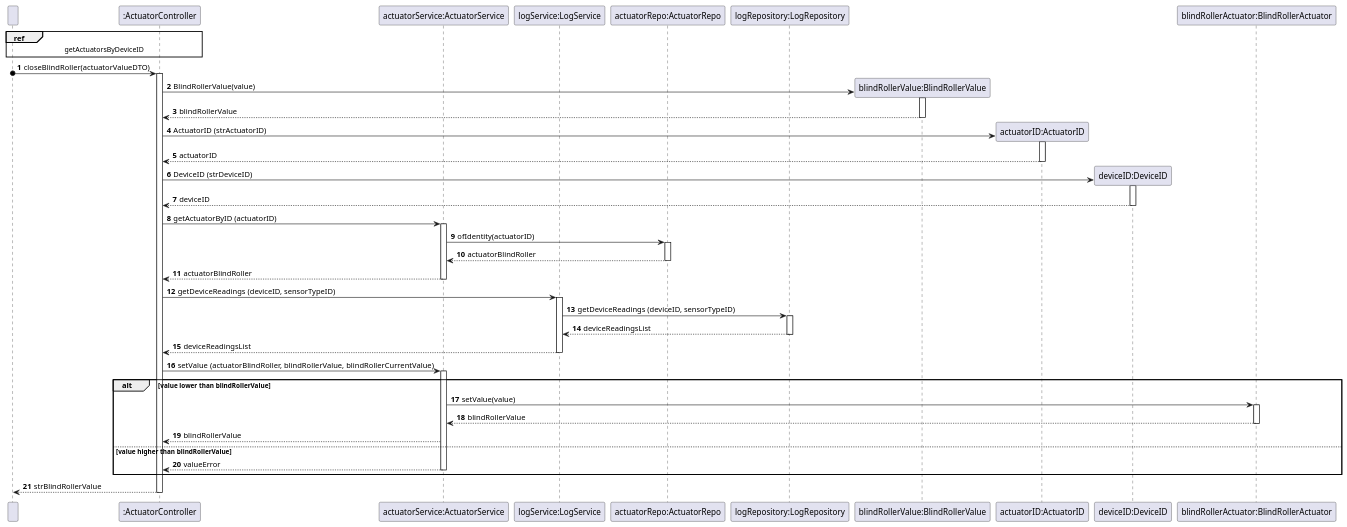
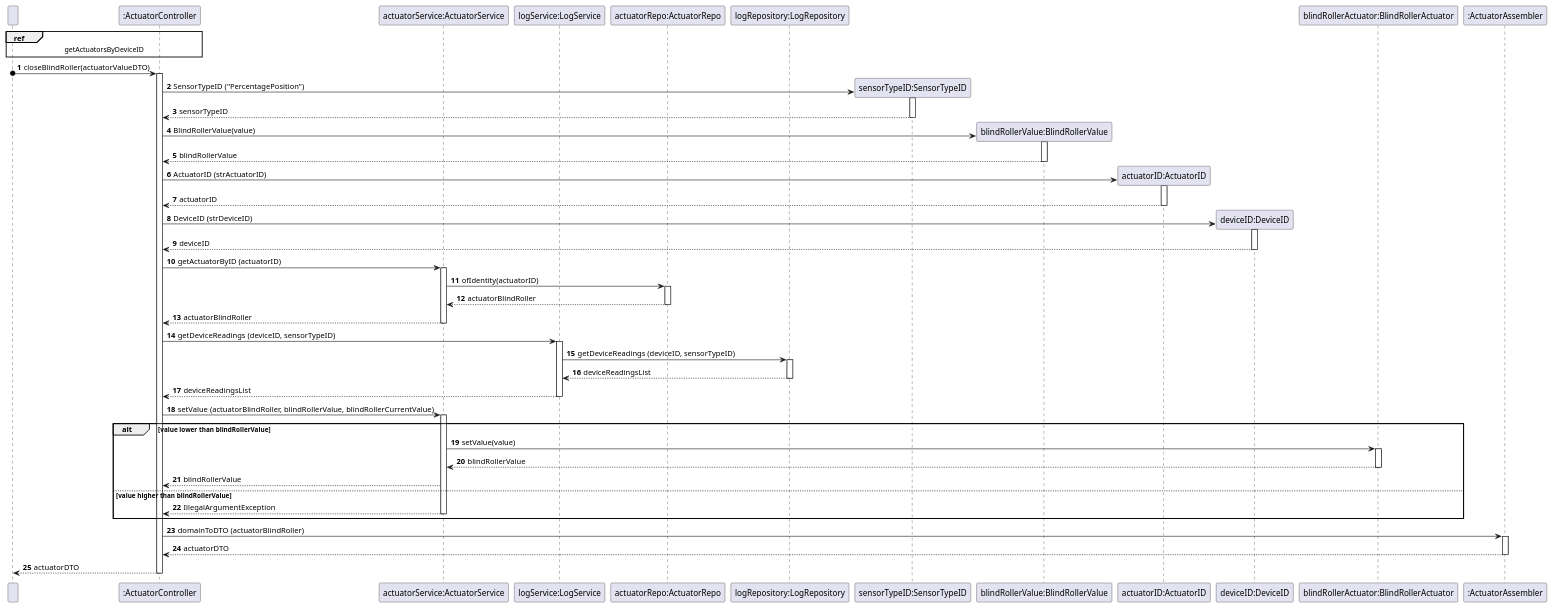
One commit to olivDiogo/SmartHome changed the diagram in docs/useCases/uc16_toCloseBlindRoller/artifacts/uc16_SD.puml. Above: the diagram before and after it, drawn with PlantUML. The commit also changed 9 other files, not shown here.

```diff
--- a/docs/useCases/uc16_toCloseBlindRoller/artifacts/uc16_SD.puml
+++ b/docs/useCases/uc16_toCloseBlindRoller/artifacts/uc16_SD.puml
@@ -1,90 +1,105 @@
 @startuml
 'https://plantuml.com/sequence-diagram
 !pragma layout smetana
 autonumber
 
     participant " " as User
     participant ":ActuatorController" as ActuatorController
     participant "actuatorService:ActuatorService" as ActuatorService
     participant "logService:LogService" as LogService
     participant "actuatorRepo:ActuatorRepo" as ActuatorRepo
     participant "logRepository:LogRepository" as LogRepository
+    participant "sensorTypeID:SensorTypeID" as SensorTypeID
     participant "blindRollerValue:BlindRollerValue" as BlindRollerValue
     participant "actuatorID:ActuatorID" as ActuatorID
     participant "deviceID:DeviceID" as DeviceID
+    participant "blindRollerActuator:BlindRollerActuator" as BlindRollerActuator
+    participant ":ActuatorAssembler" as ActuatorAssembler
 
-    participant "blindRollerActuator:BlindRollerActuator" as BlindRollerActuator
 
     ref over User, ActuatorController: getActuatorsByDeviceID
 
 User o-> ActuatorController: closeBlindRoller(actuatorValueDTO)
 activate ActuatorController
+
+create SensorTypeID
+ActuatorController -> SensorTypeID: SensorTypeID ("PercentagePosition")
+activate SensorTypeID
+
+SensorTypeID --> ActuatorController: sensorTypeID
+deactivate SensorTypeID
 
 create BlindRollerValue
 ActuatorController -> BlindRollerValue: BlindRollerValue(value)
 activate BlindRollerValue
 
 BlindRollerValue --> ActuatorController: blindRollerValue
 deactivate BlindRollerValue
 
 create ActuatorID
 ActuatorController -> ActuatorID : ActuatorID (strActuatorID)
 activate ActuatorID
 
 ActuatorID --> ActuatorController: actuatorID
 deactivate ActuatorID
 
 create DeviceID
 ActuatorController -> DeviceID : DeviceID (strDeviceID)
 activate DeviceID
 
 DeviceID --> ActuatorController: deviceID
 deactivate DeviceID
 
 ActuatorController -> ActuatorService: getActuatorByID (actuatorID)
 activate ActuatorService
 
 ActuatorService -> ActuatorRepo: ofIdentity(actuatorID)
 activate ActuatorRepo
 
 ActuatorRepo --> ActuatorService: actuatorBlindRoller
 deactivate ActuatorRepo
 
 ActuatorService --> ActuatorController: actuatorBlindRoller
 deactivate ActuatorService
 
 ActuatorController -> LogService: getDeviceReadings (deviceID, sensorTypeID)
 activate LogService
 
 LogService -> LogRepository: getDeviceReadings (deviceID, sensorTypeID)
 activate LogRepository
 
 LogRepository --> LogService: deviceReadingsList
 deactivate LogRepository
 
 LogService --> ActuatorController: deviceReadingsList
 deactivate LogService
 
 ActuatorController -> ActuatorService: setValue (actuatorBlindRoller, blindRollerValue, blindRollerCurrentValue)
 activate ActuatorService
 
 alt value lower than blindRollerValue
 
 ActuatorService -> BlindRollerActuator: setValue(value)
 activate BlindRollerActuator
 
 BlindRollerActuator --> ActuatorService: blindRollerValue
 deactivate BlindRollerActuator
 
 ActuatorService --> ActuatorController: blindRollerValue
 
 else value higher than blindRollerValue
-ActuatorService --> ActuatorController: valueError
+ActuatorService --> ActuatorController: IllegalArgumentException
+
 deactivate ActuatorService
-
 end
 
-ActuatorController --> User: strBlindRollerValue
+ActuatorController -> ActuatorAssembler: domainToDTO (actuatorBlindRoller)
+activate ActuatorAssembler
+
+ActuatorAssembler --> ActuatorController: actuatorDTO
+deactivate ActuatorAssembler
+
+ActuatorController --> User: actuatorDTO
 deactivate ActuatorController
 
 @enduml
```
